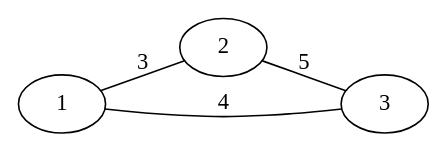
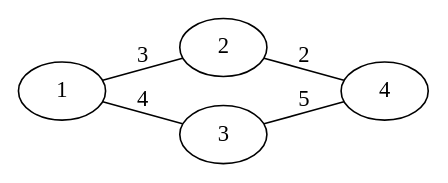
Before and after one commit to vitalfocheux/Chinese-Postman-Problem: the diagram in ressources/eulerian.gv, drawn with Graphviz. The commit also changed 4 other files, not shown here.

```diff
--- a/ressources/eulerian.gv
+++ b/ressources/eulerian.gv
@@ -1,6 +1,7 @@
 graph {
     rankdir=LR
     1 -- 2 [label=3, len=3]
     1 -- 3 [label=4, len=4]
-    2 -- 3 [label=5, len=5]
+    2 -- 4 [label=2, len=2]
+    3 -- 4 [label=5, len=5]
 }
```
